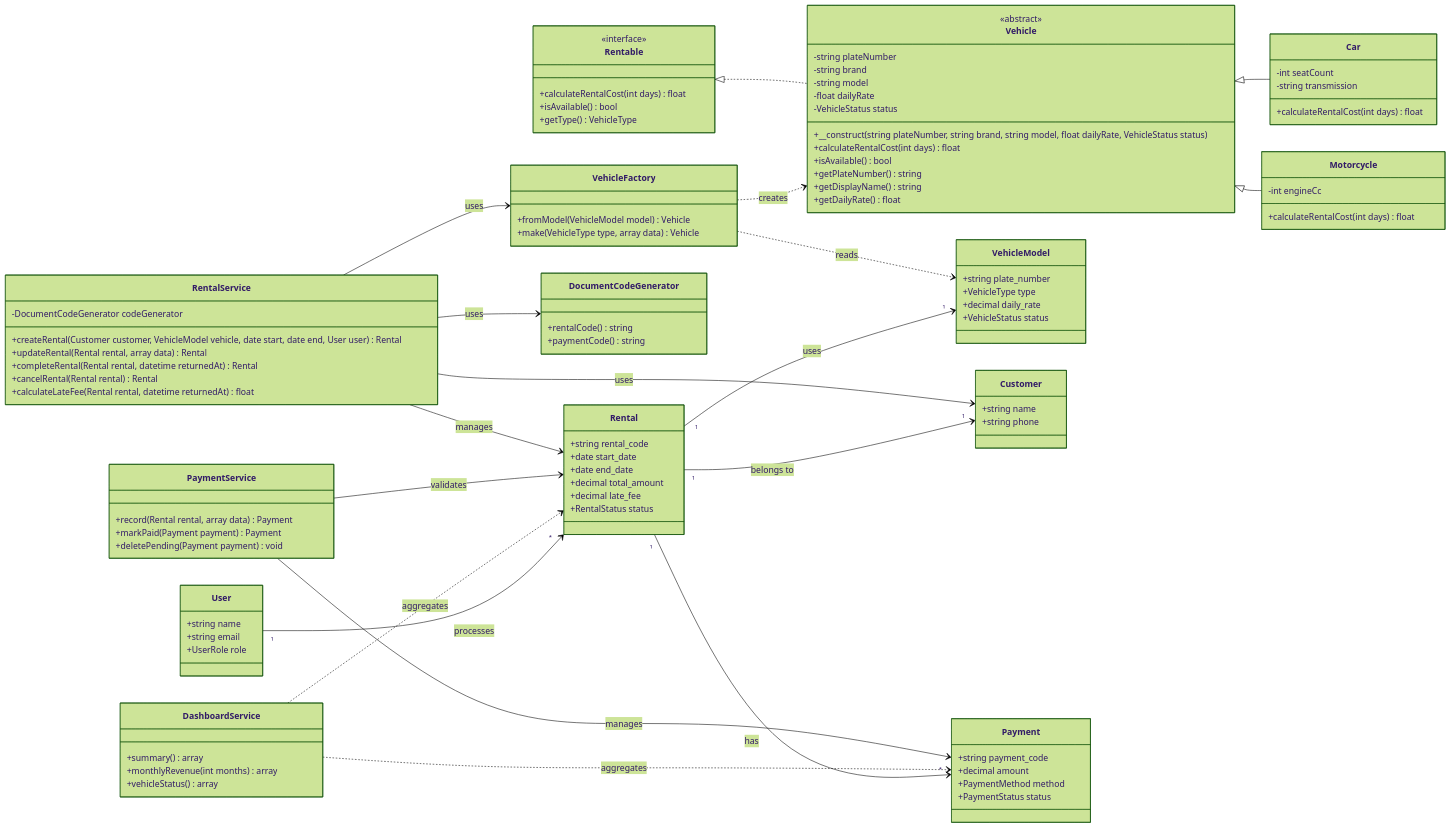
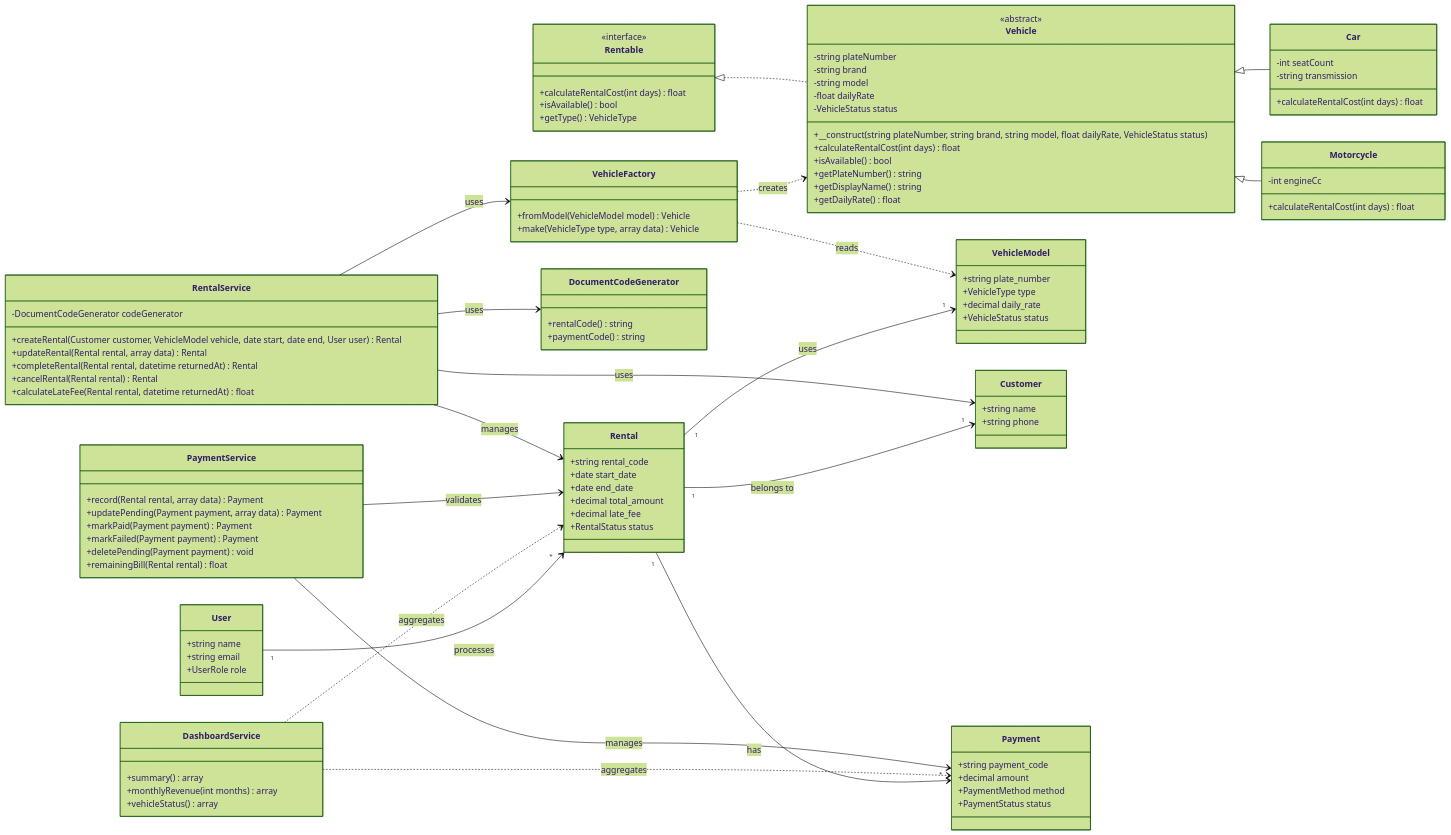
Before and after one commit to Jehian/rentalgo-oop: the third of 4 diagrams in docs/ARCHITECTURE.md, drawn with Mermaid (forest theme). The commit also changed other lines of this file and 23 other files, not shown here.

Commit message:
docs(phase-4): document rental and payment verification

```diff
--- a/docs/ARCHITECTURE.md
+++ b/docs/ARCHITECTURE.md
@@ -280,8 +281,11 @@
 
     class PaymentService {
         +record(Rental rental, array data) Payment
+        +updatePending(Payment payment, array data) Payment
         +markPaid(Payment payment) Payment
+        +markFailed(Payment payment) Payment
         +deletePending(Payment payment) void
+        +remainingBill(Rental rental) float
     }
 
     class DashboardService {
```
